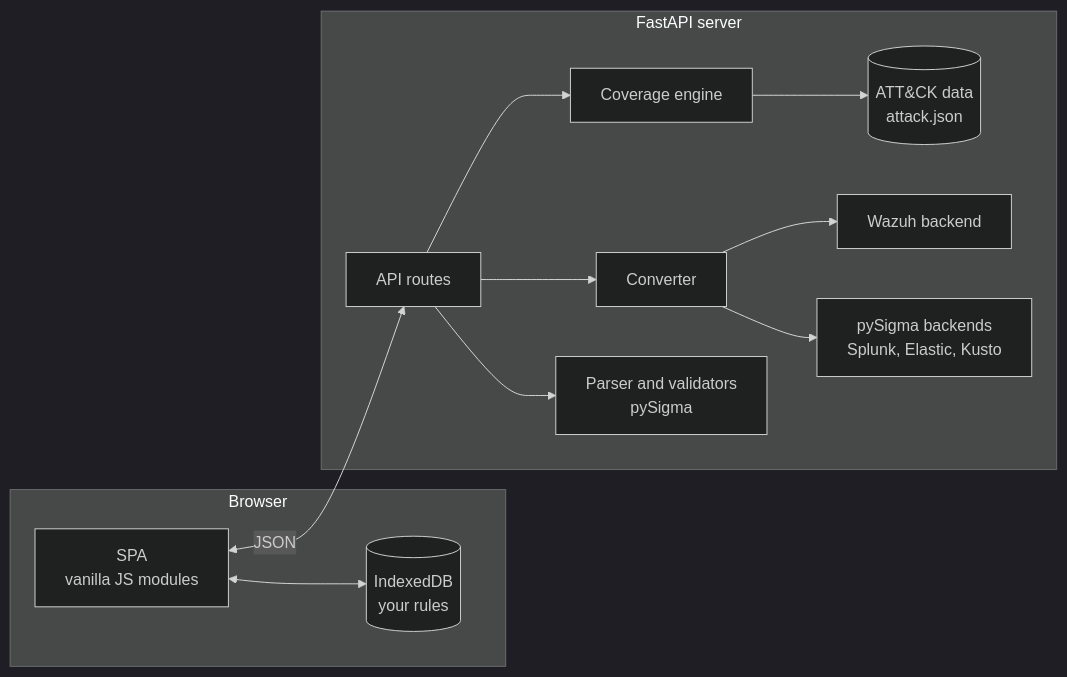
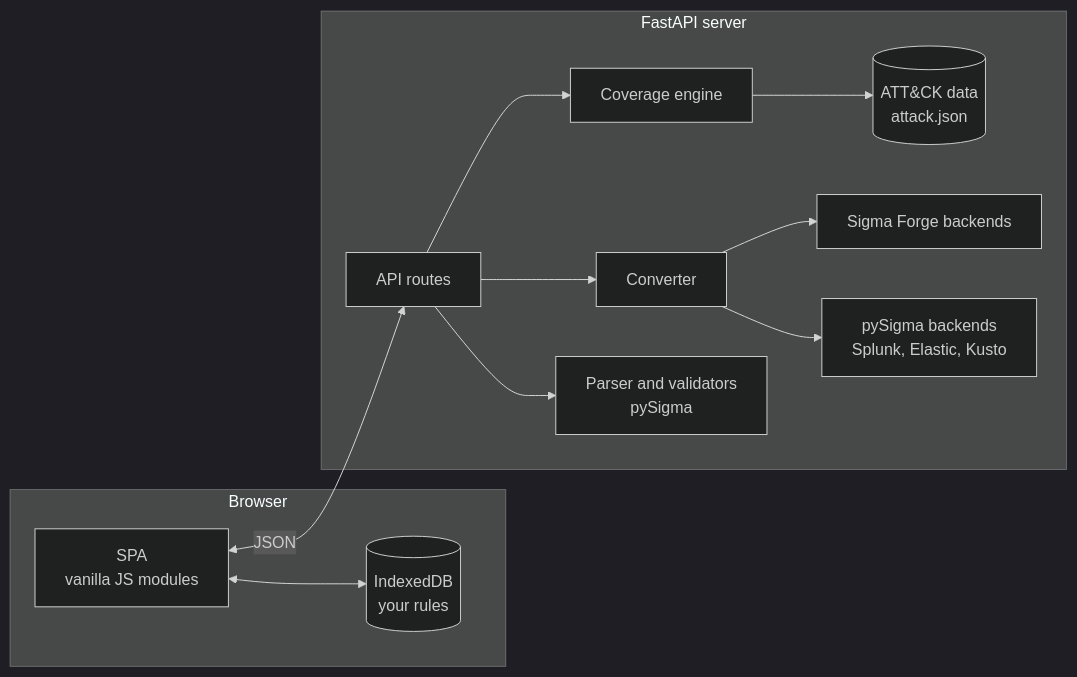
Before and after one commit to qays3/Sigma-Forge: the fourth of 4 diagrams in README.md, drawn with Mermaid (dark theme). The commit also changed other lines of this file and 23 other files, not shown here.

````diff
--- a/README.md
+++ b/README.md
@@ -422,23 +1251,23 @@
 ```mermaid
 flowchart LR
     subgraph Browser
         UI[SPA<br/>vanilla JS modules]
         DB[(IndexedDB<br/>your rules)]
         UI <--> DB
     end
     subgraph Server[FastAPI server]
         R[API routes]
         P[Parser and validators<br/>pySigma]
         C[Converter]
-        W[Wazuh backend]
+        W[Sigma Forge backends]
         V[Coverage engine]
         A[(ATT&CK data<br/>attack.json)]
         R --> P
         R --> C
         C --> PB[pySigma backends<br/>Splunk, Elastic, Kusto]
         C --> W
         R --> V
         V --> A
     end
     UI <-- JSON --> R
 ```
````
